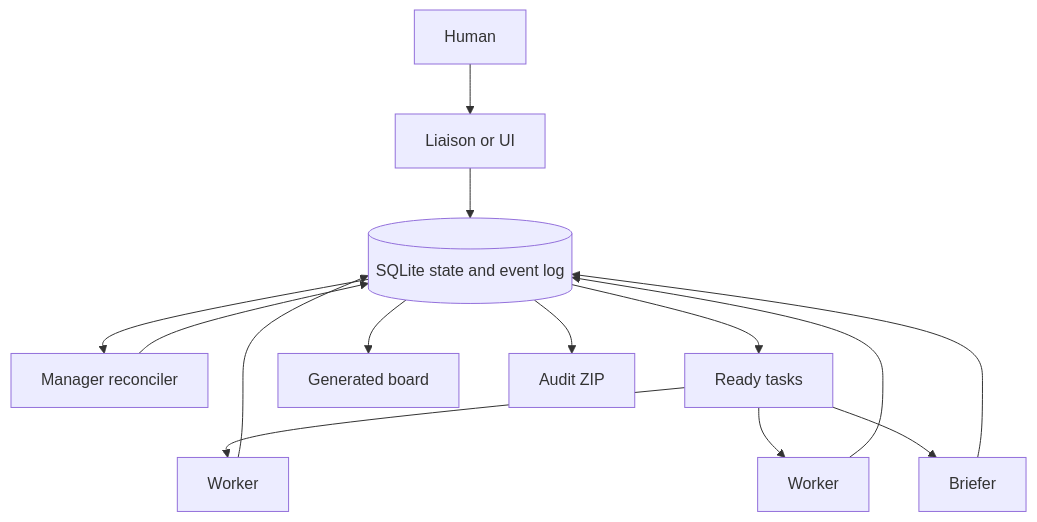
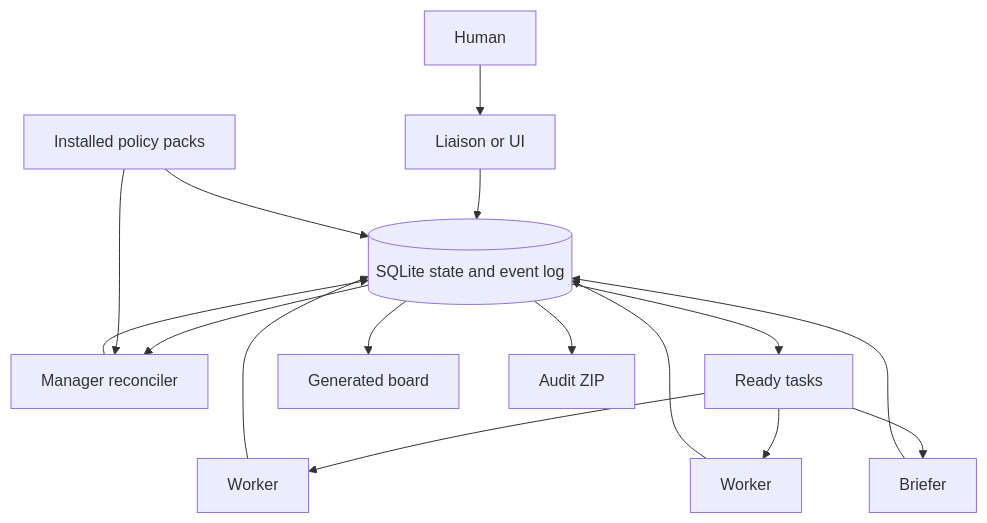
Before and after one commit to okhwaja/swarmkit: the diagram in README.md, drawn with Mermaid. The commit also changed other lines of this file and 27 other files, not shown here.

Commit message:
Add reusable workflow policy packs

````diff
--- a/README.md
+++ b/README.md
@@ -25,16 +25,18 @@
 ```mermaid
 flowchart TD
     H[Human] --> L[Liaison or UI]
     L --> DB[(SQLite state and event log)]
     DB --> M[Manager reconciler]
     M --> DB
+    P[Installed policy packs] --> M
+    P --> DB
     DB --> Q[Ready tasks]
     Q --> W1[Worker]
     Q --> W2[Worker]
     Q --> B[Briefer]
     W1 --> DB
     W2 --> DB
     B --> DB
     DB --> V[Generated board]
     DB --> X[Audit ZIP]
 ```
````
